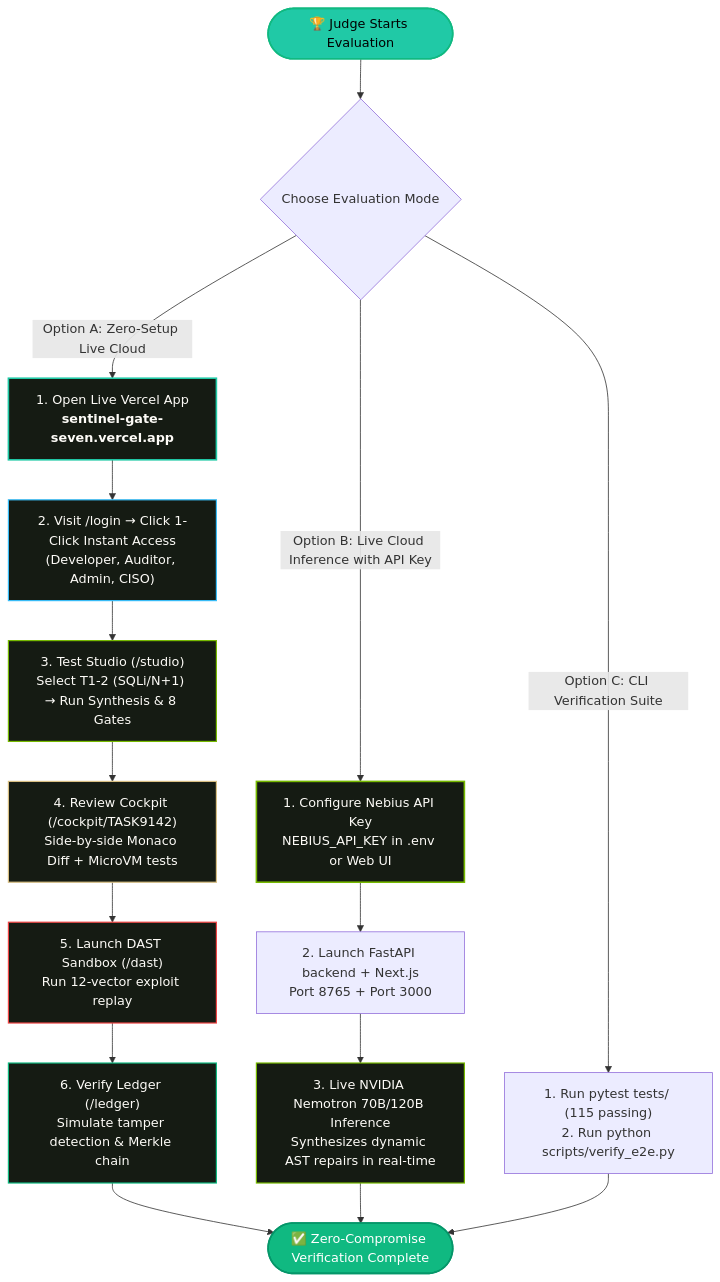
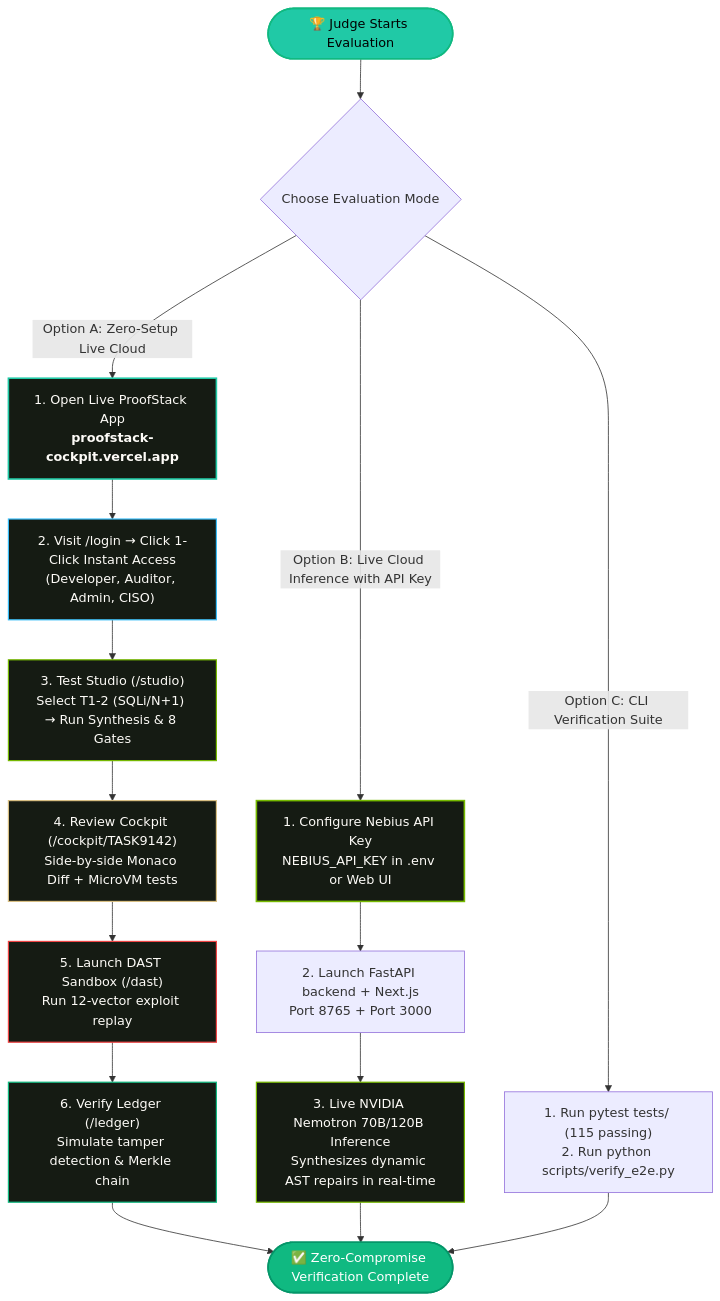
One commit to nikhillakra2007-tech/ProofStack changed the first of 2 diagrams in README.md. Above: the diagram before and after it, drawn with Mermaid. The commit also changed other lines of this file and 2 other files, not shown here.

Commit message:
docs: establish ProofStack as primary live domain across badges, walkthrough, and metadata

````diff
--- a/README.md
+++ b/README.md
@@ -77,33 +76,33 @@
 ```mermaid
 flowchart TD
     Start([🏆 Judge Starts Evaluation]) --> Choice{Choose Evaluation Mode}
     
     %% Option A: Instant Live Cloud
-    Choice -->|Option A: Zero-Setup Live Cloud| Cloud["1. Open Live Vercel App<br/><b>sentinel-gate-seven.vercel.app</b>"]
+    Choice -->|Option A: Zero-Setup Live Cloud| Cloud["1. Open Live ProofStack App<br/><b>proofstack-cockpit.vercel.app</b>"]
     Cloud --> RoleLogin["2. Visit /login &rarr; Click 1-Click Instant Access<br/>(Developer, Auditor, Admin, CISO)"]
     RoleLogin --> StudioTest["3. Test Studio (/studio)<br/>Select T1-2 (SQLi/N+1) &rarr; Run Synthesis & 8 Gates"]
     StudioTest --> CockpitTest["4. Review Cockpit (/cockpit/TASK9142)<br/>Side-by-side Monaco Diff + MicroVM tests"]
     CockpitTest --> DastTest["5. Launch DAST Sandbox (/dast)<br/>Run 12-vector exploit replay"]
     DastTest --> LedgerTest["6. Verify Ledger (/ledger)<br/>Simulate tamper detection & Merkle chain"]
     
     %% Option B: Live NVIDIA Model with API Key
     Choice -->|Option B: Live Cloud Inference with API Key| ApiKey["1. Configure Nebius API Key<br/>NEBIUS_API_KEY in .env or Web UI"]
     ApiKey --> RunLocal["2. Launch FastAPI backend + Next.js<br/>Port 8765 + Port 3000"]
     RunLocal --> LiveInference["3. Live NVIDIA Nemotron 70B/120B Inference<br/>Synthesizes dynamic AST repairs in real-time"]
     
     %% Option C: Automated Verification
     Choice -->|Option C: CLI Verification Suite| TestSuite["1. Run pytest tests/ (115 passing)<br/>2. Run python scripts/verify_e2e.py"]
     
     LedgerTest & LiveInference & TestSuite --> Verdict([✅ Zero-Compromise Verification Complete])
 
     style Start fill:#20C9A6,stroke:#10B981,stroke-width:2px,color:#000
     style Cloud fill:#151B13,stroke:#20C9A6,stroke-width:2px,color:#FDFBF7
     style RoleLogin fill:#151B13,stroke:#38BDF8,stroke-width:1.5px,color:#FDFBF7
     style StudioTest fill:#151B13,stroke:#76B900,stroke-width:1.5px,color:#FDFBF7
     style CockpitTest fill:#151B13,stroke:#D7BE82,stroke-width:1.5px,color:#FDFBF7
     style DastTest fill:#151B13,stroke:#EF4444,stroke-width:1.5px,color:#FDFBF7
     style LedgerTest fill:#151B13,stroke:#10B981,stroke-width:1.5px,color:#FDFBF7
     style ApiKey fill:#151B13,stroke:#76B900,stroke-width:2px,color:#FDFBF7
     style LiveInference fill:#151B13,stroke:#76B900,stroke-width:1.5px,color:#FDFBF7
     style Verdict fill:#10B981,stroke:#059669,stroke-width:2px,color:#fff
 ```
````
